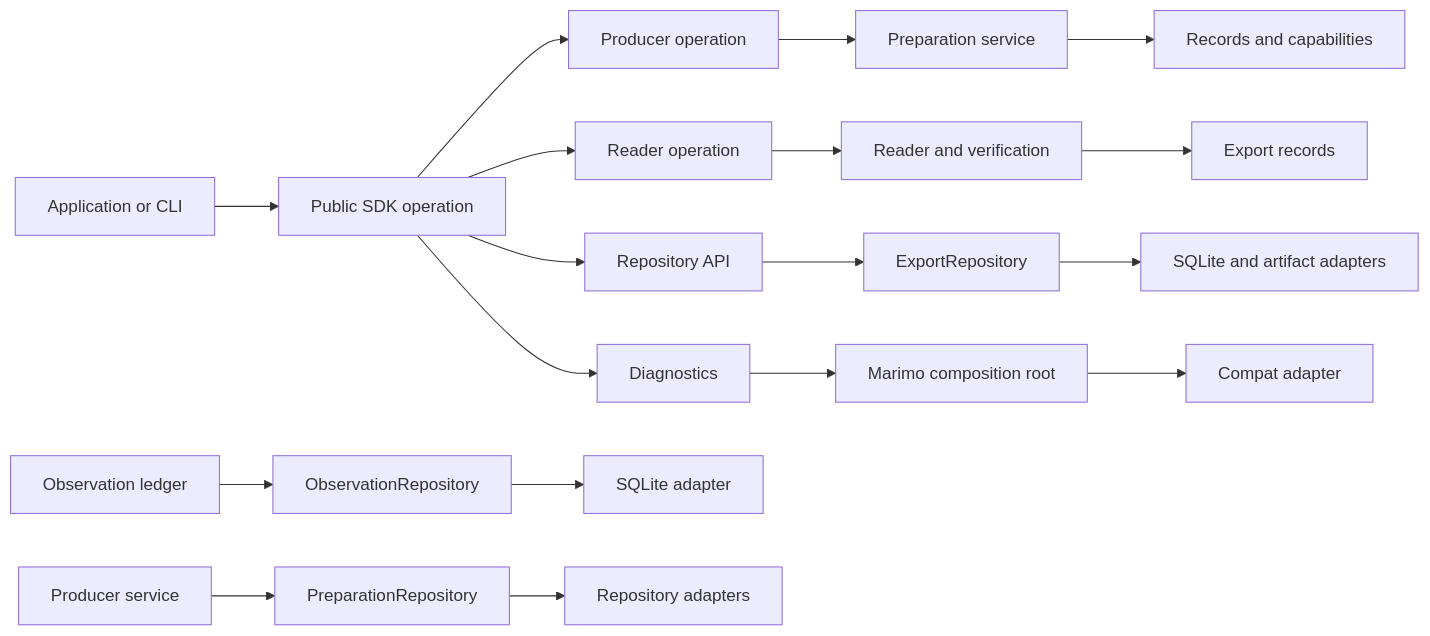
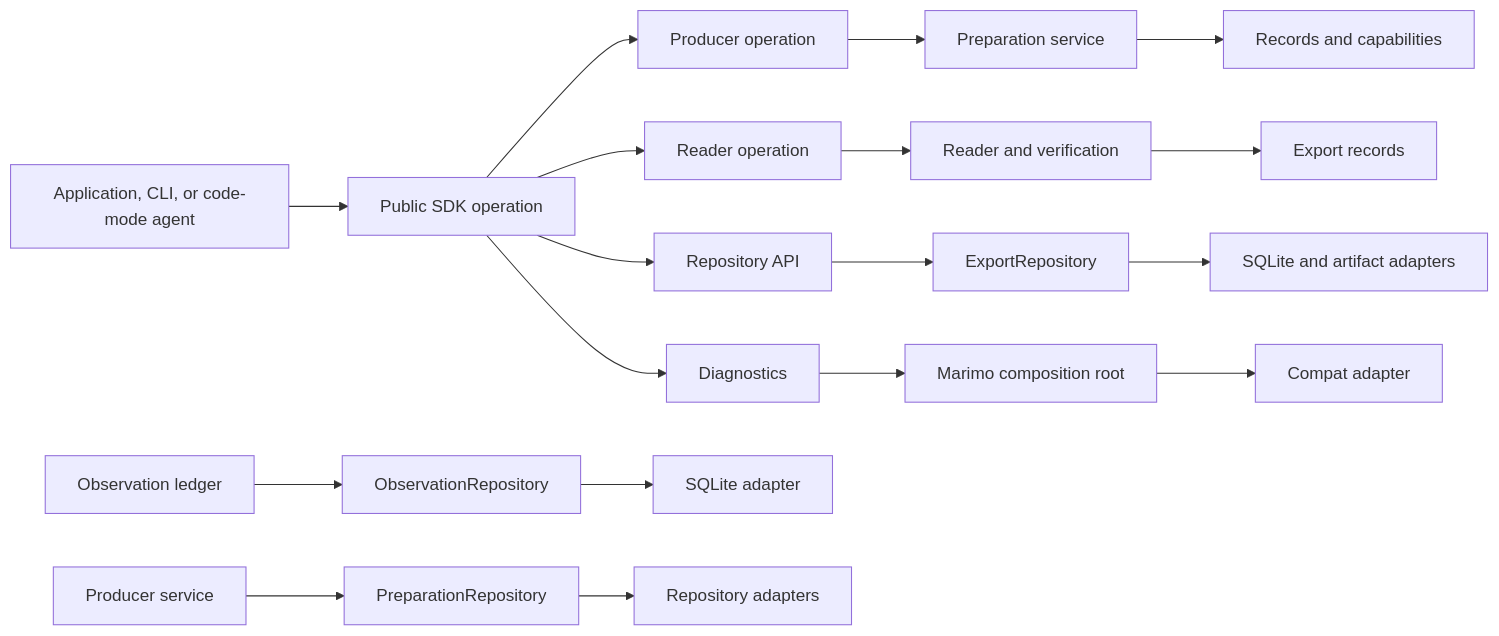
One commit to marimo-team/marimo-export changed the diagram in development_docs/architecture/ports.md. Above: the diagram before and after it, drawn with Mermaid. The commit also changed other lines of this file and 23 other files, not shown here.

First line of the commit message:
feat: add code-mode agent capability (#39)

````diff
--- a/development_docs/architecture/ports.md
+++ b/development_docs/architecture/ports.md
@@ -8,20 +8,20 @@
 ```mermaid
 flowchart LR
-    entry["Application or CLI"] --> sdk["Public SDK operation"]
+    entry["Application, CLI, or code-mode agent"] --> sdk["Public SDK operation"]
     sdk --> producer["Producer operation"]
     producer --> service["Preparation service"]
     service --> records["Records and capabilities"]
     sdk --> reader["Reader operation"]
     reader --> verification["Reader and verification"]
     verification --> exports["Export records"]
     sdk --> repositoryApi["Repository API"]
     repositoryApi --> repository[ExportRepository]
     repository --> adapters["SQLite and artifact adapters"]
     sdk --> diagnostics[Diagnostics]
     diagnostics --> composition["Marimo composition root"]
     composition --> compat["Compat adapter"]
     ledger["Observation ledger"] --> observationRepository[ObservationRepository]
     observationRepository --> sqlite["SQLite adapter"]
     producerService["Producer service"] --> preparationRepository[PreparationRepository]
     preparationRepository --> repositoryAdapters["Repository adapters"]
 ```
````
